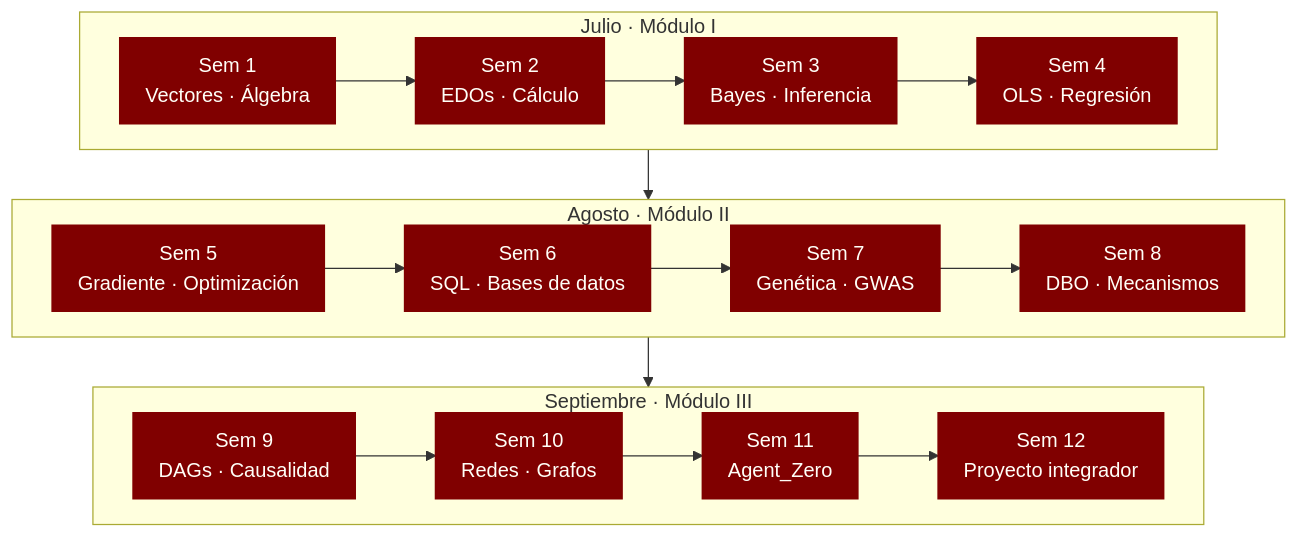
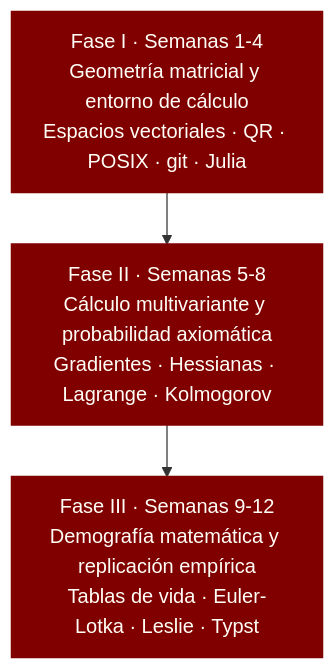
Before and after one commit to danielgccr/nuevasomosaguas: the diagram in bootcamp.qmd, drawn with Mermaid. The commit also changed other lines of this file and 9 other files, not shown here.

````diff
--- a/bootcamp.qmd
+++ b/bootcamp.qmd
@@ -50,24 +48,15 @@
 ```{mermaid}
-%%| label: fig-calendario
-%%| fig-cap: "Las doce semanas del bootcamp, agrupadas por mes y por módulo."
+%%| label: fig-fases
+%%| fig-cap: "Las tres fases del bootcamp: el álgebra precede al cálculo, y el cálculo a la demografía."
 
-%%{init: {"flowchart": {"nodeSpacing": 22, "rankSpacing": 40, "padding": 10, "useMaxWidth": true}}}%%
+%%{init: {"flowchart": {"nodeSpacing": 26, "rankSpacing": 42, "padding": 12, "useMaxWidth": true}}}%%
 flowchart TB
-    subgraph JUL["Julio · Módulo I"]
-        direction LR
-        S1["Sem 1<br/>Vectores · Álgebra"] --> S2["Sem 2<br/>EDOs · Cálculo"] --> S3["Sem 3<br/>Bayes · Inferencia"] --> S4["Sem 4<br/>OLS · Regresión"]
-    end
-    subgraph AGO["Agosto · Módulo II"]
-        direction LR
-        S5["Sem 5<br/>Gradiente · Optimización"] --> S6["Sem 6<br/>SQL · Bases de datos"] --> S7["Sem 7<br/>Genética · GWAS"] --> S8["Sem 8<br/>DBO · Mecanismos"]
-    end
-    subgraph SEP["Septiembre · Módulo III"]
-        direction LR
-        S9["Sem 9<br/>DAGs · Causalidad"] --> S10["Sem 10<br/>Redes · Grafos"] --> S11["Sem 11<br/>Agent_Zero"] --> S12["Sem 12<br/>Proyecto integrador"]
-    end
+    F1["Fase I · Semanas 1-4<br/>Geometría matricial y entorno de cálculo<br/>Espacios vectoriales · QR · POSIX · git · Julia"]
+    F2["Fase II · Semanas 5-8<br/>Cálculo multivariante y probabilidad axiomática<br/>Gradientes · Hessianas · Lagrange · Kolmogorov"]
+    F3["Fase III · Semanas 9-12<br/>Demografía matemática y replicación empírica<br/>Tablas de vida · Euler-Lotka · Leslie · Typst"]
 
-    JUL --> AGO --> SEP
+    F1 --> F2 --> F3
 
-    classDef sem fill:#800000,stroke:#800000,stroke-width:2px,color:#fffff8
-    class S1,S2,S3,S4,S5,S6,S7,S8,S9,S10,S11,S12 sem
+    classDef fase fill:#800000,stroke:#800000,stroke-width:2px,color:#fffff8
+    class F1,F2,F3 fase
 ```
````
